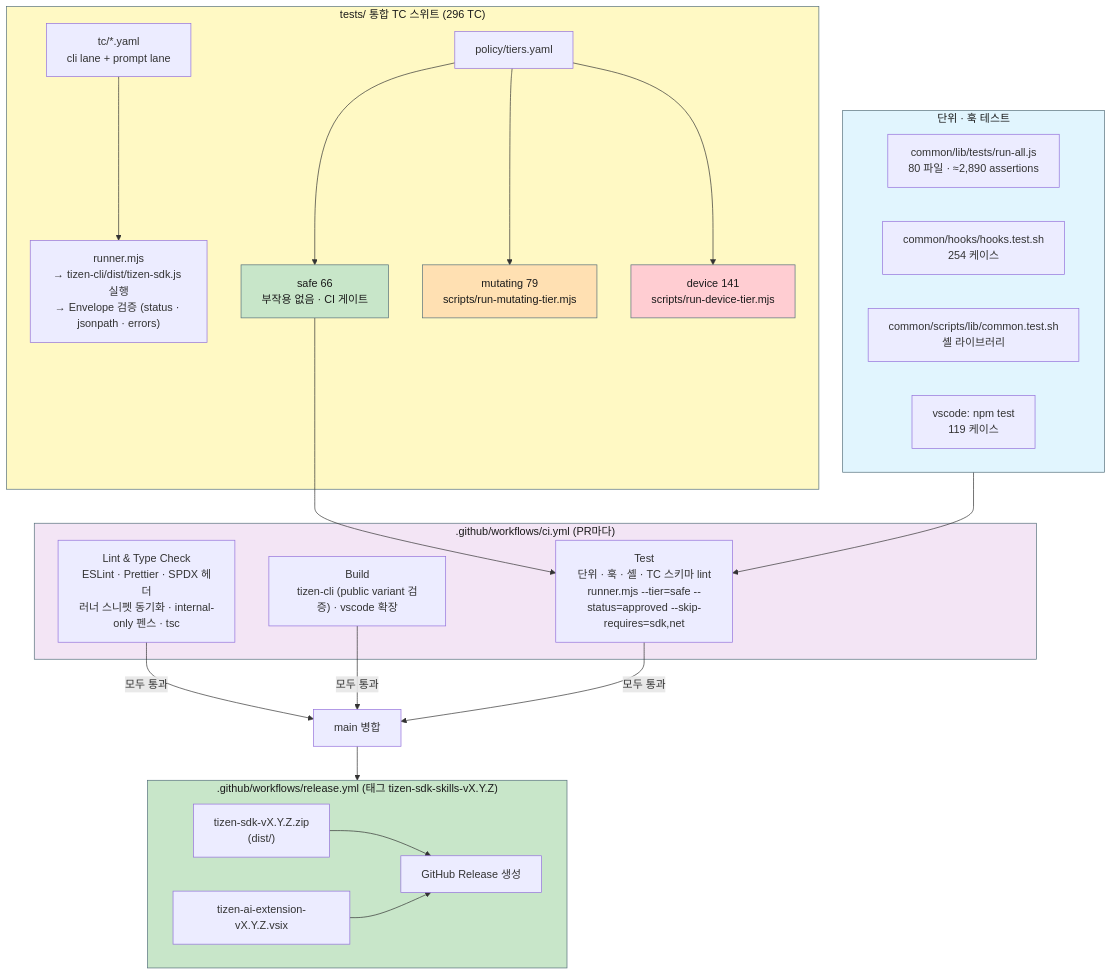
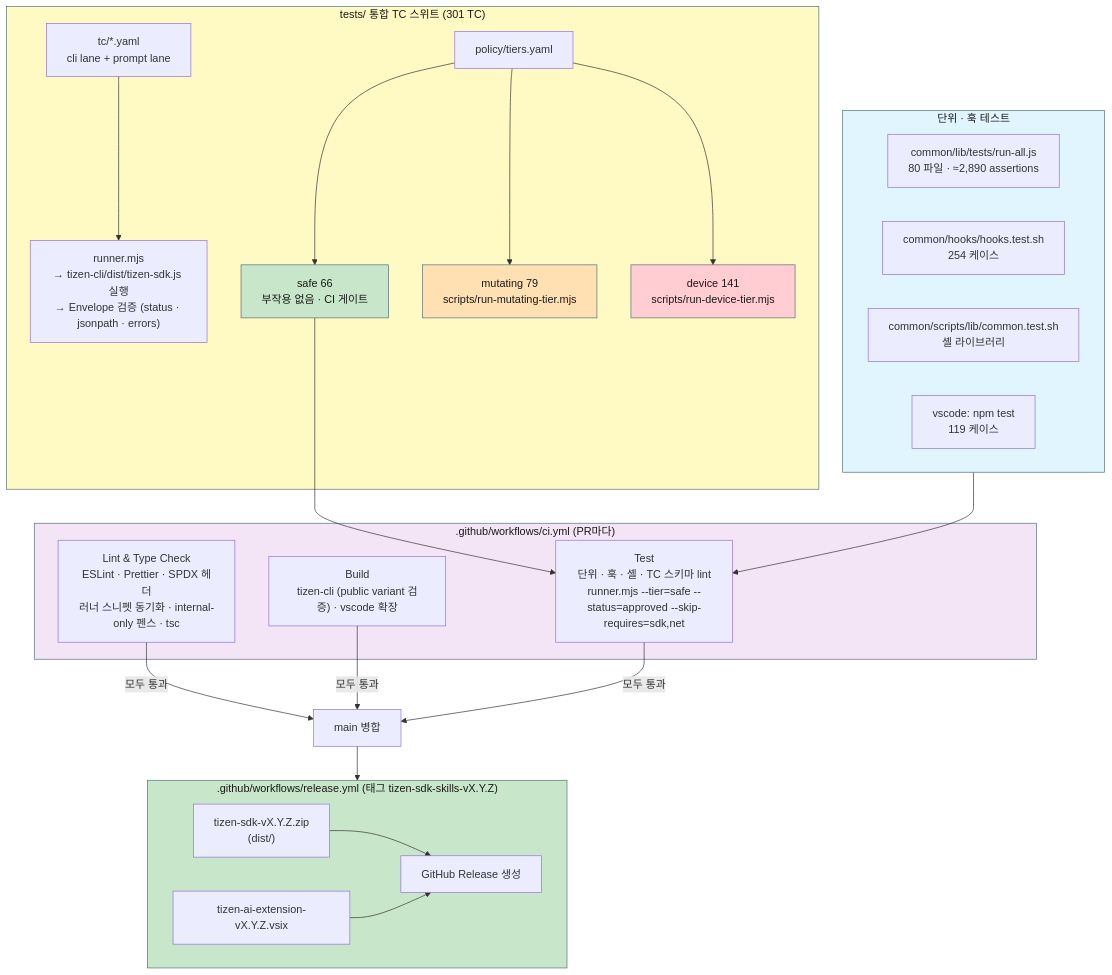
One commit to Samsung/tizen-agent-skills changed the tenth of 10 diagrams in tizen-sdk-skills/docs/ARCHITECTURE_DIAGRAMS.md. Above: the diagram before and after it, drawn with Mermaid. The commit also changed other lines of this file and 12 other files, not shown here.

````diff
--- a/tizen-sdk-skills/docs/ARCHITECTURE_DIAGRAMS.md
+++ b/tizen-sdk-skills/docs/ARCHITECTURE_DIAGRAMS.md
@@ -449,45 +449,45 @@
 ```mermaid
 graph TB
     subgraph UNIT["단위 · 훅 테스트"]
         UT["common/lib/tests/run-all.js<br/>80 파일 · ≈2,890 assertions"]
         HT["common/hooks/hooks.test.sh<br/>254 케이스"]
         SLT["common/scripts/lib/common.test.sh<br/>셸 라이브러리"]
         VT["vscode: npm test<br/>119 케이스"]
     end
 
-    subgraph SUITE["tests/ 통합 TC 스위트 (296 TC)"]
+    subgraph SUITE["tests/ 통합 TC 스위트 (301 TC)"]
         TC["tc/*.yaml<br/>cli lane + prompt lane"]
         RUNNER["runner.mjs<br/>→ tizen-cli/dist/tizen-sdk.js 실행<br/>→ Envelope 검증 (status · jsonpath · errors)"]
         TIERS["policy/tiers.yaml"]
         SAFE["safe 66<br/>부작용 없음 · CI 게이트"]
         MUT["mutating 79<br/>scripts/run-mutating-tier.mjs"]
         DEV["device 141<br/>scripts/run-device-tier.mjs"]
         TC --> RUNNER
         TIERS --> SAFE & MUT & DEV
     end
 
     subgraph CI[".github/workflows/ci.yml (PR마다)"]
         J1["Lint & Type Check<br/>ESLint · Prettier · SPDX 헤더<br/>러너 스니펫 동기화 · internal-only 펜스 · tsc"]
         J2["Build<br/>tizen-cli (public variant 검증) · vscode 확장"]
         J3["Test<br/>단위 · 훅 · 셸 · TC 스키마 lint<br/>runner.mjs --tier=safe --status=approved --skip-requires=sdk,net"]
     end
 
     subgraph REL[".github/workflows/release.yml (태그 tizen-sdk-skills-vX.Y.Z)"]
         R1["tizen-sdk-vX.Y.Z.zip<br/>(dist/)"]
         R2["tizen-ai-extension-vX.Y.Z.vsix"]
         R3["GitHub Release 생성"]
         R1 & R2 --> R3
     end
 
     UNIT --> J3
     SAFE --> J3
     J1 & J2 & J3 -->|"모두 통과"| MERGE["main 병합"] --> REL
 
     style UNIT fill:#e1f5fe,stroke:#546e7a,color:#1a1a1a
     style SUITE fill:#fff9c4,stroke:#546e7a,color:#1a1a1a
     style SAFE fill:#c8e6c9,stroke:#546e7a,color:#1a1a1a
     style MUT fill:#ffe0b2,stroke:#546e7a,color:#1a1a1a
     style DEV fill:#ffcdd2,stroke:#546e7a,color:#1a1a1a
     style CI fill:#f3e5f5,stroke:#546e7a,color:#1a1a1a
     style REL fill:#c8e6c9,stroke:#546e7a,color:#1a1a1a
 ```
````
